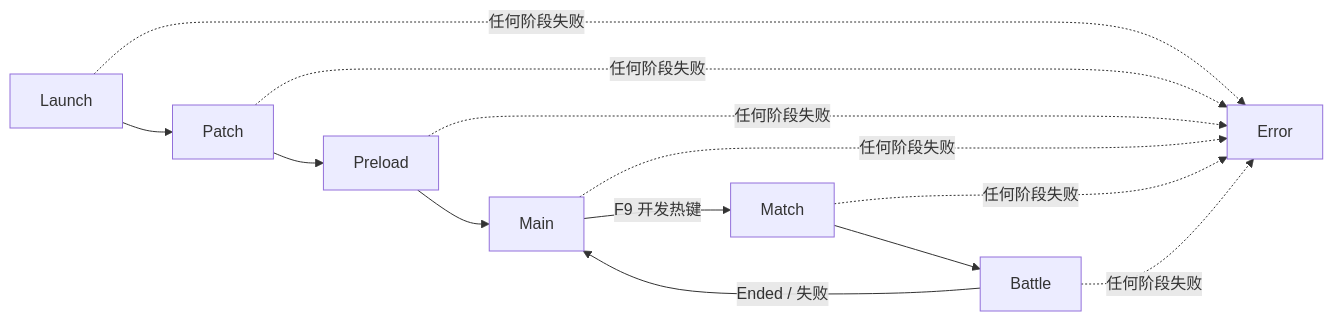
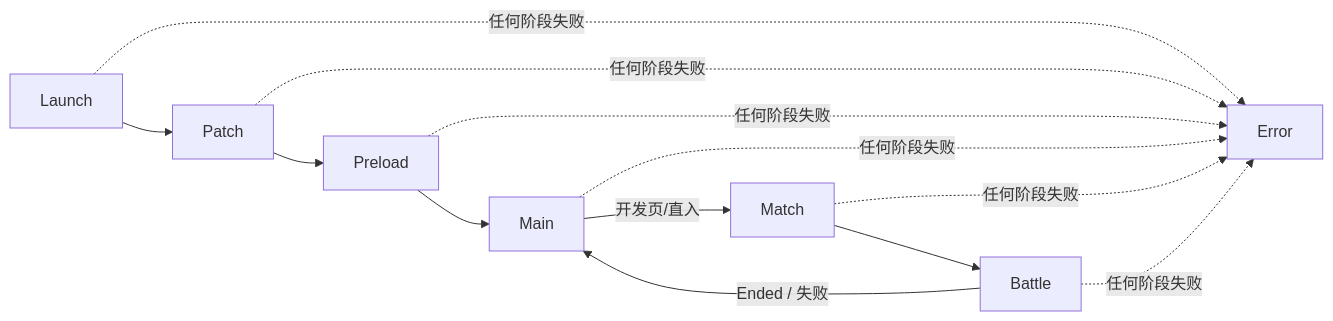
The second of 4 diagrams in Docs/项目说明/02-总体流程.md (highhunter777/LiteFrameWork), drawn with Mermaid before and after one commit. The commit also changed other lines of this file and 29 other files, not shown here.

````diff
--- a/Docs/项目说明/02-总体流程.md
+++ b/Docs/项目说明/02-总体流程.md
@@ -47,6 +47,6 @@
 ```mermaid
 flowchart LR
     L[Launch] --> P[Patch] --> PL[Preload] --> M[Main]
-    M -->|F9 开发热键| MT[Match] --> B[Battle] -->|Ended / 失败| M
+    M -->|开发页/直入| MT[Match] --> B[Battle] -->|Ended / 失败| M
     L & P & PL & M & MT & B -.任何阶段失败.-> E[Error]
 ```
````
